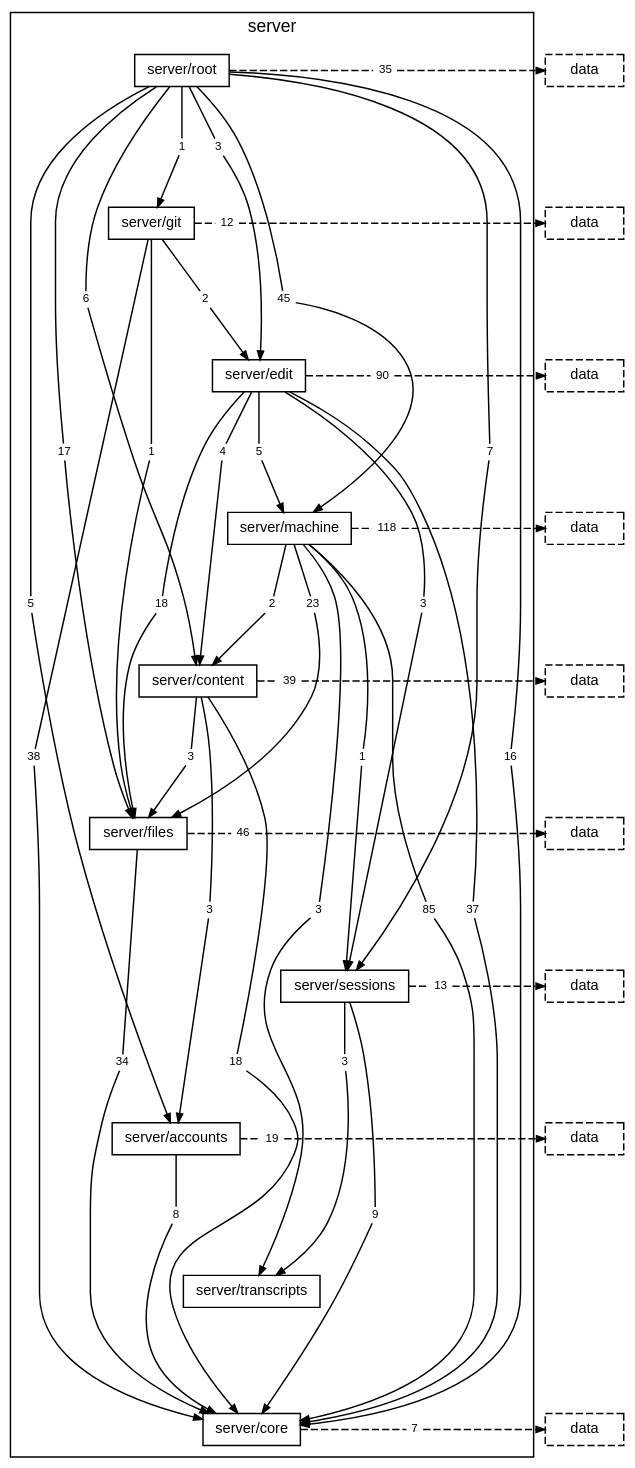
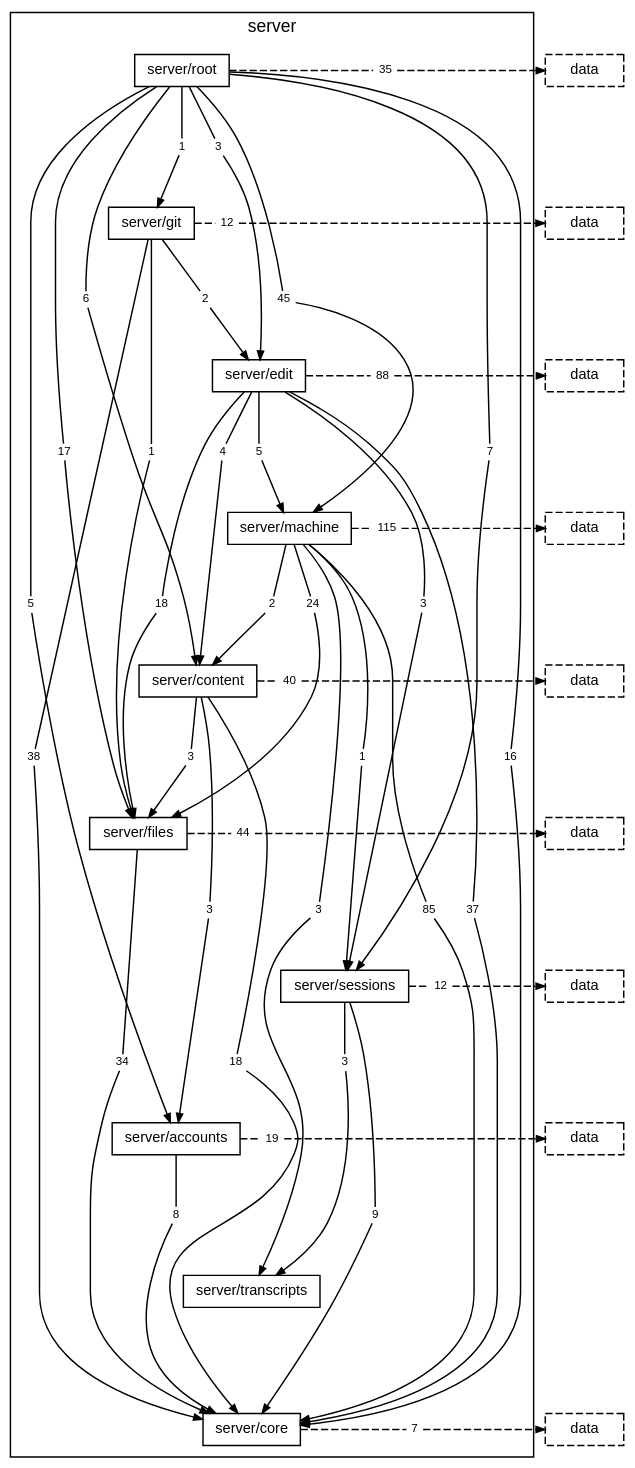
Before and after one commit to TheAxeC/oculus: the diagram in docs/diagrams/layer-server.dot, drawn with Graphviz. The commit also changed 203 other files, not shown here.

```diff
--- a/docs/diagrams/layer-server.dot
+++ b/docs/diagrams/layer-server.dot
@@ -32,22 +32,22 @@
         "folder server/edit to folder server/files" [label="18", shape=box, color="transparent", fontsize=8, width=0, height=0, margin="0.04,0.02"];
         "folder server/edit to folder server/machine" [label="5", shape=box, color="transparent", fontsize=8, width=0, height=0, margin="0.04,0.02"];
         "folder server/edit to folder server/sessions" [label="3", shape=box, color="transparent", fontsize=8, width=0, height=0, margin="0.04,0.02"];
-        "folder server/edit to layer data" [label="90", shape=box, color="transparent", fontsize=8, width=0, height=0, margin="0.04,0.02"];
+        "folder server/edit to layer data" [label="88", shape=box, color="transparent", fontsize=8, width=0, height=0, margin="0.04,0.02"];
         "folder server/machine to folder server/content" [label="2", shape=box, color="transparent", fontsize=8, width=0, height=0, margin="0.04,0.02"];
         "folder server/machine to folder server/core" [label="85", shape=box, color="transparent", fontsize=8, width=0, height=0, margin="0.04,0.02"];
-        "folder server/machine to folder server/files" [label="23", shape=box, color="transparent", fontsize=8, width=0, height=0, margin="0.04,0.02"];
+        "folder server/machine to folder server/files" [label="24", shape=box, color="transparent", fontsize=8, width=0, height=0, margin="0.04,0.02"];
         "folder server/machine to folder server/sessions" [label="1", shape=box, color="transparent", fontsize=8, width=0, height=0, margin="0.04,0.02"];
         "folder server/machine to folder server/transcripts" [label="3", shape=box, color="transparent", fontsize=8, width=0, height=0, margin="0.04,0.02"];
-        "folder server/machine to layer data" [label="118", shape=box, color="transparent", fontsize=8, width=0, height=0, margin="0.04,0.02"];
+        "folder server/machine to layer data" [label="115", shape=box, color="transparent", fontsize=8, width=0, height=0, margin="0.04,0.02"];
         "folder server/content to folder server/accounts" [label="3", shape=box, color="transparent", fontsize=8, width=0, height=0, margin="0.04,0.02"];
         "folder server/content to folder server/core" [label="18", shape=box, color="transparent", fontsize=8, width=0, height=0, margin="0.04,0.02"];
         "folder server/content to folder server/files" [label="3", shape=box, color="transparent", fontsize=8, width=0, height=0, margin="0.04,0.02"];
-        "folder server/content to layer data" [label="39", shape=box, color="transparent", fontsize=8, width=0, height=0, margin="0.04,0.02"];
+        "folder server/content to layer data" [label="40", shape=box, color="transparent", fontsize=8, width=0, height=0, margin="0.04,0.02"];
         "folder server/files to folder server/core" [label="34", shape=box, color="transparent", fontsize=8, width=0, height=0, margin="0.04,0.02"];
-        "folder server/files to layer data" [label="46", shape=box, color="transparent", fontsize=8, width=0, height=0, margin="0.04,0.02"];
+        "folder server/files to layer data" [label="44", shape=box, color="transparent", fontsize=8, width=0, height=0, margin="0.04,0.02"];
         "folder server/sessions to folder server/core" [label="9", shape=box, color="transparent", fontsize=8, width=0, height=0, margin="0.04,0.02"];
         "folder server/sessions to folder server/transcripts" [label="3", shape=box, color="transparent", fontsize=8, width=0, height=0, margin="0.04,0.02"];
-        "folder server/sessions to layer data" [label="13", shape=box, color="transparent", fontsize=8, width=0, height=0, margin="0.04,0.02"];
+        "folder server/sessions to layer data" [label="12", shape=box, color="transparent", fontsize=8, width=0, height=0, margin="0.04,0.02"];
         "folder server/accounts to folder server/core" [label="8", shape=box, color="transparent", fontsize=8, width=0, height=0, margin="0.04,0.02"];
         "folder server/accounts to layer data" [label="19", shape=box, color="transparent", fontsize=8, width=0, height=0, margin="0.04,0.02"];
         "folder server/core to layer data" [label="7", shape=box, color="transparent", fontsize=8, width=0, height=0, margin="0.04,0.02"];
```
